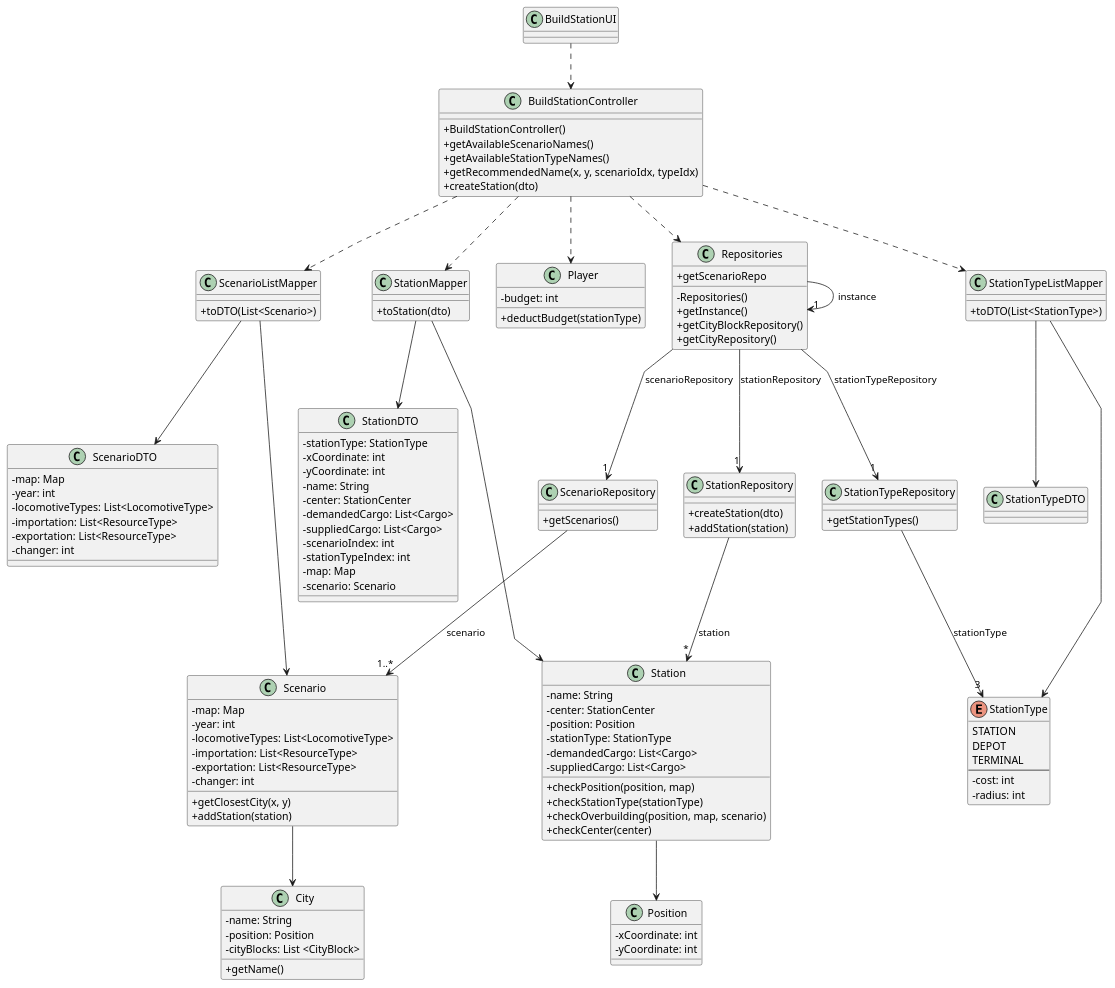
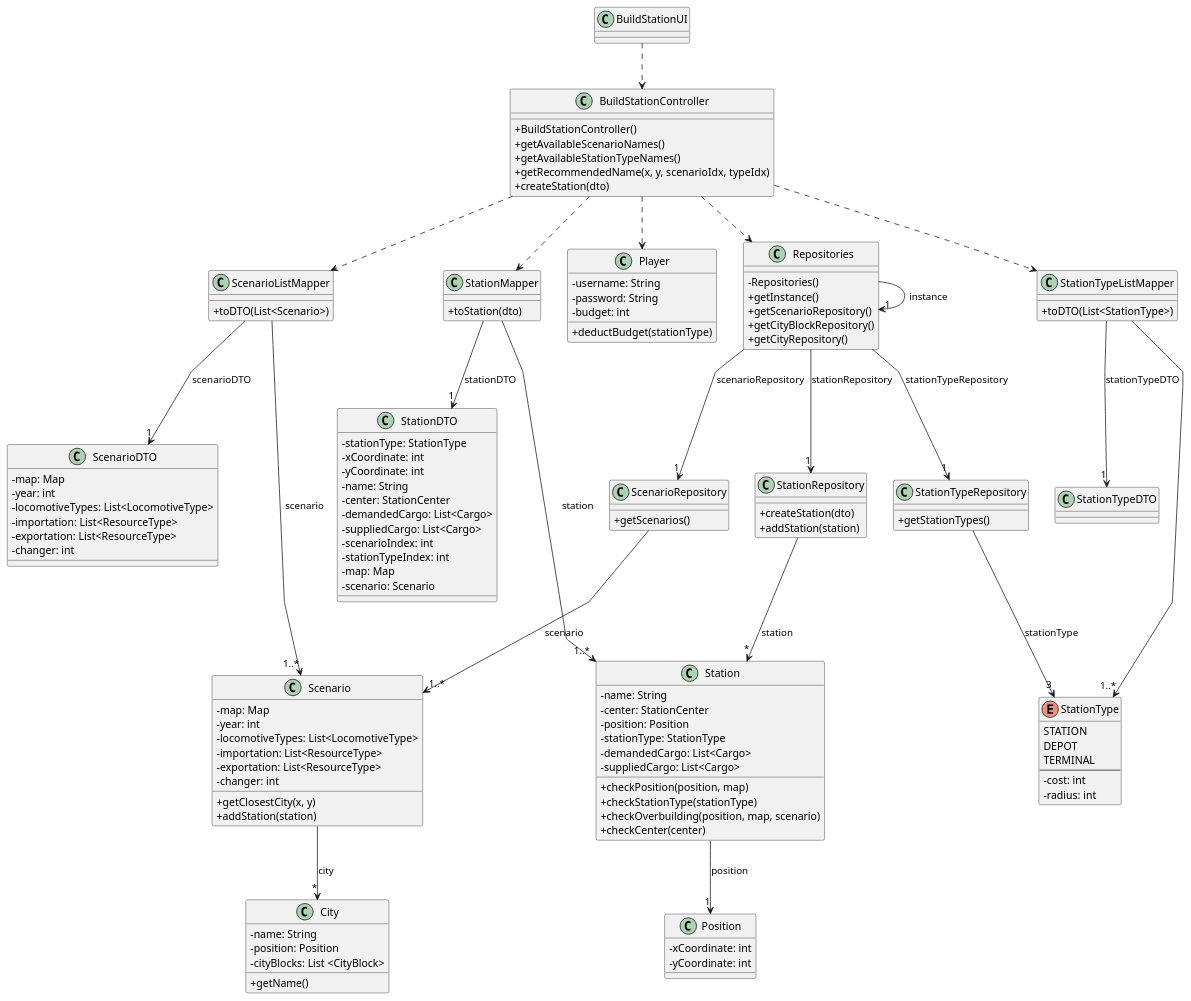
The diagram in Sprint3/US005/03.design/puml/US005-CD.puml (1240935/pi2-railway-simulator), drawn with PlantUML before and after one commit. The commit also changed 7 other files, not shown here.

```diff
--- a/Sprint3/US005/03.design/puml/US005-CD.puml
+++ b/Sprint3/US005/03.design/puml/US005-CD.puml
@@ -1,159 +1,158 @@
 @startuml
 'skinparam monochrome true
 skinparam packageStyle rectangle
 skinparam shadowing false
 skinparam linetype polyline
 'skinparam linetype orto
 
 skinparam classAttributeIconSize 0
 
 class BuildStationUI
 
 class BuildStationController {
     + BuildStationController()
     + getAvailableScenarioNames()
     + getAvailableStationTypeNames()
     + getRecommendedName(x, y, scenarioIdx, typeIdx)
     + createStation(dto)
 }
 
 class Scenario {
     - map: Map
     - year: int
     - locomotiveTypes: List<LocomotiveType>
     - importation: List<ResourceType>
     - exportation: List<ResourceType>
     - changer: int
     + getClosestCity(x, y)
     + addStation(station)
 }
 
 class City {
     -name: String
     -position: Position
     -cityBlocks: List <CityBlock>
     + getName()
 }
 
 class Station {
     -name: String
     -center: StationCenter
     -position: Position
     -stationType: StationType
     -demandedCargo: List<Cargo>
     -suppliedCargo: List<Cargo>
     + checkPosition(position, map)
     + checkStationType(stationType)
     + checkOverbuilding(position, map, scenario)
     + checkCenter(center)
 }
 
 class Position {
     -xCoordinate: int
     -yCoordinate: int
 }
 
 class Player {
+    - username: String
+    - password: String
     - budget: int
     + deductBudget(stationType)
 }
 
 class ScenarioRepository {
     + getScenarios()
 }
 
 class StationTypeRepository {
     + getStationTypes()
 }
-
 class StationRepository {
     + createStation(dto)
     + addStation(station)
 }
 
 class ScenarioListMapper {
     + toDTO(List<Scenario>)
 }
 
 class StationTypeListMapper {
     + toDTO(List<StationType>)
 }
 
 class StationMapper {
     + toStation(dto)
 }
 
 class ScenarioDTO{
     -map: Map
     -year: int
     -locomotiveTypes: List<LocomotiveType>
     -importation: List<ResourceType>
     -exportation: List<ResourceType>
     -changer: int
 }
 
 class StationTypeDTO{
 }
 
 class StationDTO {
     - stationType: StationType
     - xCoordinate: int
     - yCoordinate: int
     - name: String
     - center: StationCenter
     - demandedCargo: List<Cargo>
     - suppliedCargo: List<Cargo>
     - scenarioIndex: int
     - stationTypeIndex: int
     - map: Map
     - scenario: Scenario
 }
 
 enum StationType{
     STATION
     DEPOT
     TERMINAL
     --
     -cost: int
     -radius: int
 }
 
 class Repositories {
   -Repositories()
   +getInstance()
-  +getScenarioRepo
+  +getScenarioRepository()
   +getCityBlockRepository()
   +getCityRepository()
 }
 
 BuildStationUI ..> BuildStationController
 
 BuildStationController..> Repositories
 
 Repositories -> "1" Repositories : instance
 Repositories --> "1" ScenarioRepository: scenarioRepository
 Repositories --> "1" StationTypeRepository: stationTypeRepository
 Repositories --> "1" StationRepository: stationRepository
 
 BuildStationController ..> ScenarioListMapper
 BuildStationController ..> StationTypeListMapper
 BuildStationController ..> StationMapper
 BuildStationController ..> Player
 
 ScenarioRepository --> "1..*" Scenario: scenario
 StationTypeRepository --> "3" StationType: stationType
 StationRepository --> "*" Station: station
 
+ScenarioListMapper --> "1" ScenarioDTO: scenarioDTO
+ScenarioListMapper --> "1..*" Scenario: scenario
+StationTypeListMapper --> "1" StationTypeDTO: stationTypeDTO
+StationTypeListMapper --> "1..*" StationType
+StationMapper --> "1..*" Station: station
+StationMapper --> "1" StationDTO: stationDTO
 
-
-ScenarioListMapper --> ScenarioDTO
-ScenarioListMapper --> Scenario
-StationTypeListMapper --> StationTypeDTO
-StationTypeListMapper --> StationType
-StationMapper --> Station
-StationMapper --> StationDTO
-
-Scenario --> City
-Station --> Position
+Scenario --> "*" City: city
+Station --> "1" Position: position
 
 @enduml
```
